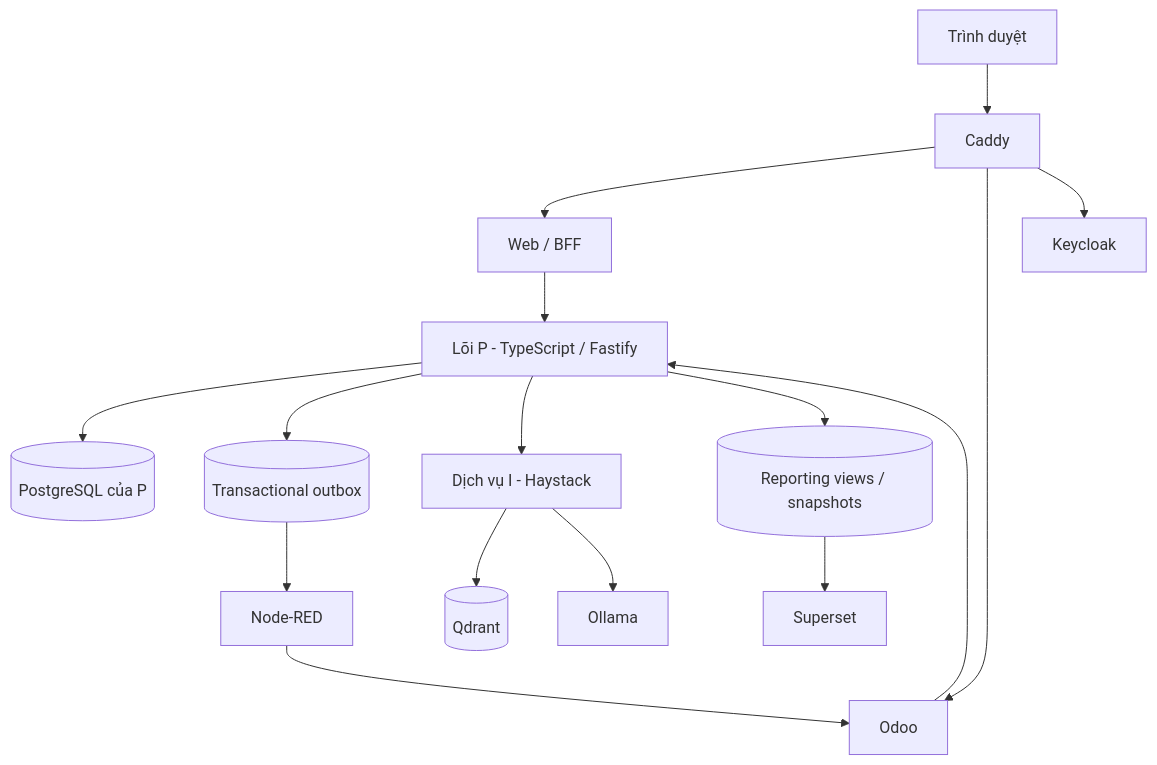
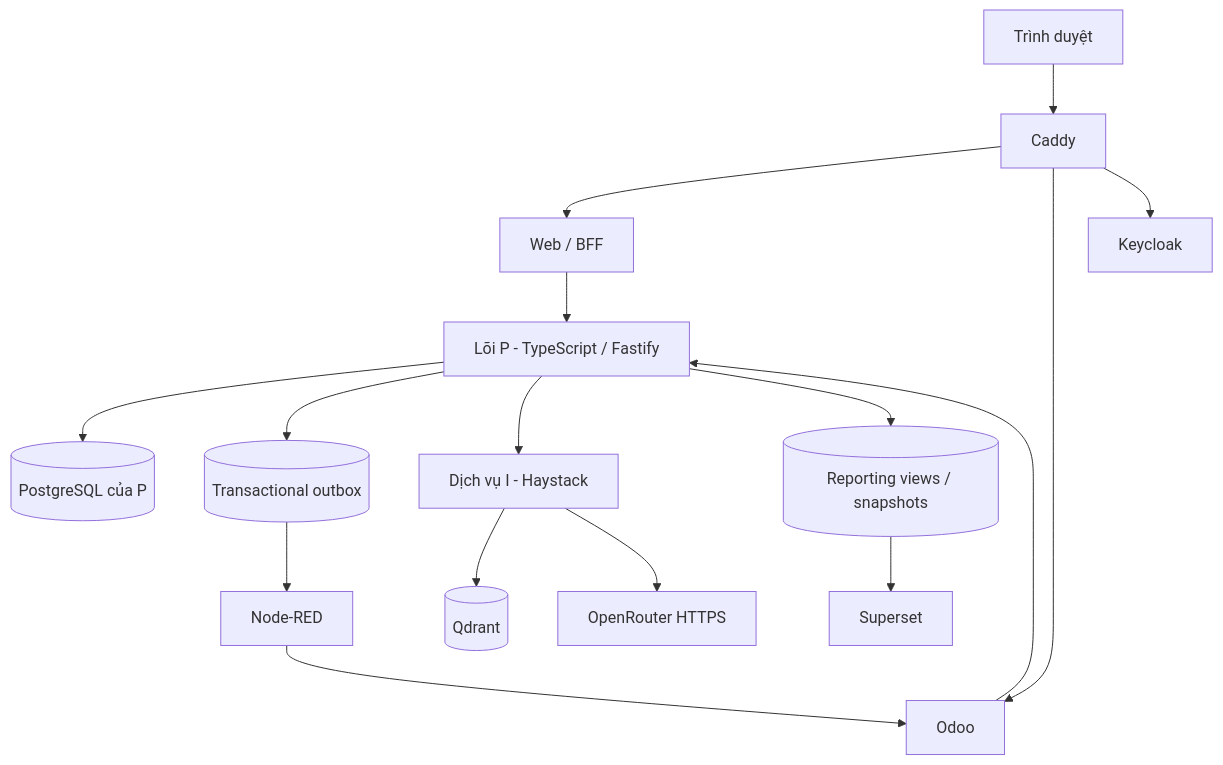
The diagram in docs/architecture/hpdi_architecture.md (giao26/DX-LAB), drawn with Mermaid before and after one commit. The commit also changed other lines of this file and 30 other files, not shown here.

Commit message:
feat(ai): replace Ollama runtime with OpenRouter adapter

````diff
--- a/docs/architecture/hpdi_architecture.md
+++ b/docs/architecture/hpdi_architecture.md
@@ -15,18 +15,18 @@
 ```mermaid
 flowchart TB
     B[Trình duyệt] --> C[Caddy]
     C --> W[Web / BFF]
     C --> O[Odoo]
     C --> K[Keycloak]
     W --> P[Lõi P - TypeScript / Fastify]
     O --> P
     P --> DB[(PostgreSQL của P)]
     P --> OB[(Transactional outbox)]
     OB --> N[Node-RED]
     N --> O
     P --> I[Dịch vụ I - Haystack]
     I --> Q[(Qdrant)]
-    I --> L[Ollama]
+    I --> L[OpenRouter HTTPS]
     P --> RV[(Reporting views / snapshots)]
     RV --> S[Superset]
 ```
````
